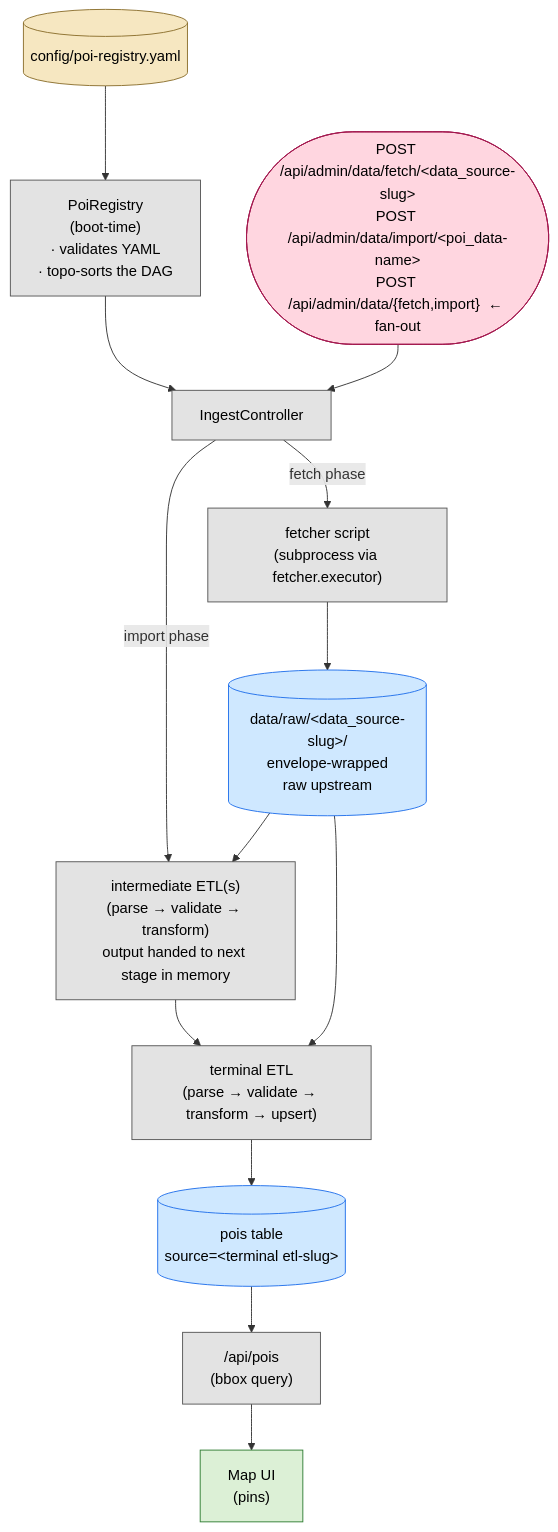
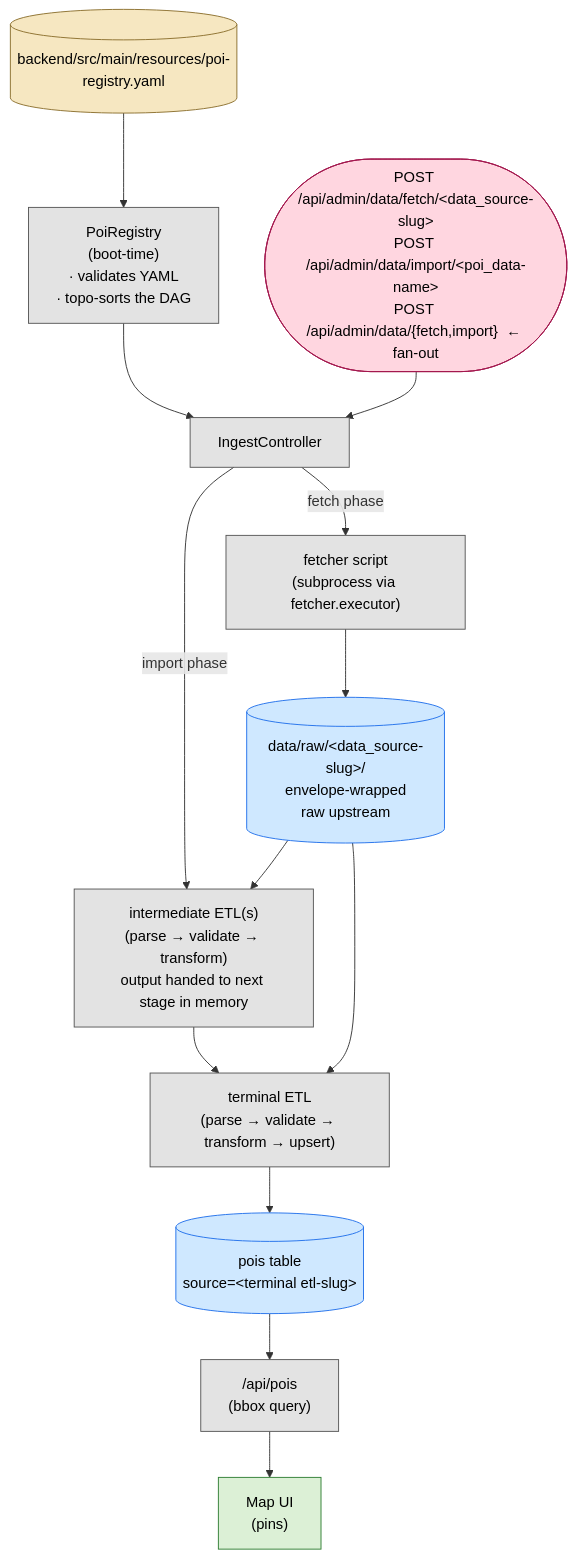
The diagram in docs/adding-a-data-source.md (wwchen/roadtrip), drawn with Mermaid before and after one commit. The commit also changed other lines of this file and 117 other files, not shown here.

````diff
--- a/docs/adding-a-data-source.md
+++ b/docs/adding-a-data-source.md
@@ -7,35 +7,35 @@
 ```mermaid
 flowchart TB
-    YAML[("config/poi-registry.yaml")]
+    YAML[("backend/src/main/resources/poi-registry.yaml")]
     Registry["PoiRegistry<br/>(boot-time)<br/>· validates YAML<br/>· topo-sorts the DAG"]
     Ingest["IngestController"]
     Fetcher["fetcher script<br/>(subprocess via fetcher.executor)"]
     Raw[("data/raw/&lt;data_source-slug&gt;/<br/>envelope-wrapped<br/>raw upstream")]
     Inter["intermediate ETL(s)<br/>(parse → validate → transform)<br/>output handed to next stage in memory"]
     Emit["terminal ETL<br/>(parse → validate → transform → upsert)"]
     Pois[("pois table<br/>source=&lt;terminal etl-slug&gt;")]
     PoisAPI["/api/pois<br/>(bbox query)"]
     FE["Map UI<br/>(pins)"]
 
     Trigger(["POST /api/admin/data/fetch/&lt;data_source-slug&gt;<br/>POST /api/admin/data/import/&lt;poi_data-name&gt;<br/>POST /api/admin/data/{fetch,import}  ← fan-out"])
 
     YAML --> Registry --> Ingest
     Trigger --> Ingest
     Ingest -- fetch phase --> Fetcher --> Raw
     Ingest -- import phase --> Inter
     Raw --> Inter --> Emit
     Raw --> Emit
     Emit --> Pois
     Pois --> PoisAPI --> FE
 
     classDef cfg fill:#f6e7c1,stroke:#8a6d2b,color:#000
     classDef store fill:#cfe8ff,stroke:#1f6feb,color:#000
     classDef code fill:#e3e3e3,stroke:#555,color:#000
     classDef trig fill:#ffd6e0,stroke:#a3174e,color:#000
     classDef ui fill:#dcf0d6,stroke:#2e7d32,color:#000
     class YAML cfg
     class Raw,Pois store
     class Registry,Ingest,Fetcher,Inter,Emit,PoisAPI code
     class Trigger trig
     class FE ui
 ```
````
